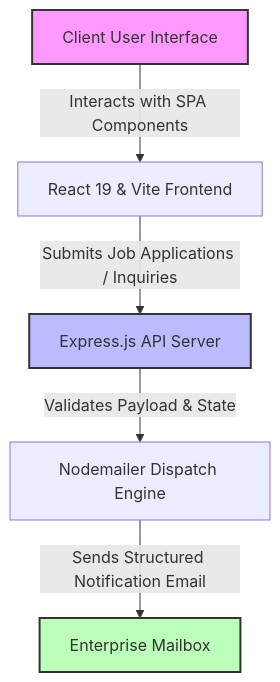
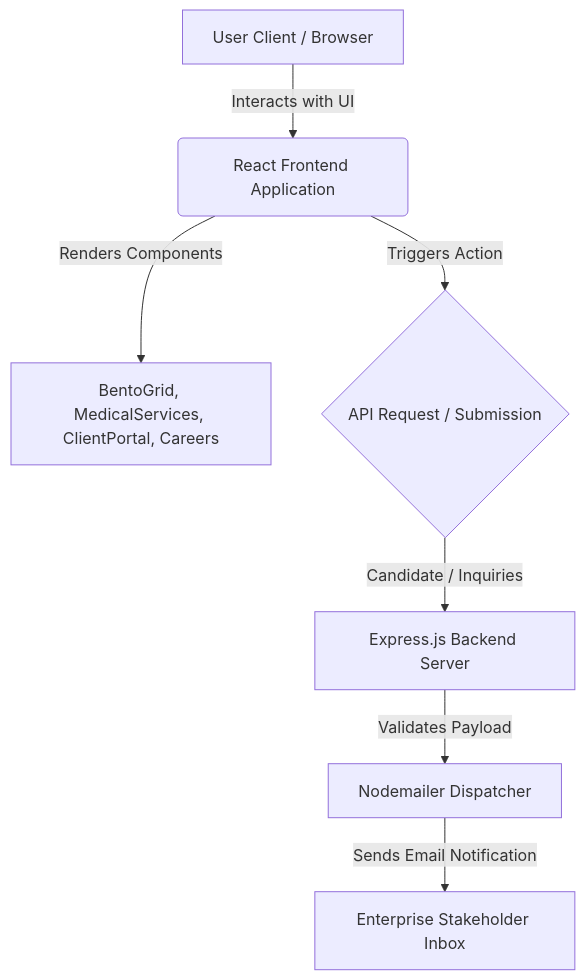
One commit to Bavly-Hamdy/SinaiConnect changed the diagram in README.md. Above: the diagram before and after it, drawn with Mermaid. The commit also changed other lines of this file, not shown here.

````diff
--- a/README.md
+++ b/README.md
@@ -59,10 +70,9 @@
 ```mermaid
 graph TD
-    A[Client User Interface] -->|Interacts with SPA Components| B[React 19 & Vite Frontend]
-    B -->|Submits Job Applications / Inquiries| C[Express.js API Server]
-    C -->|Validates Payload & State| D[Nodemailer Dispatch Engine]
-    D -->|Sends Structured Notification Email| E[Enterprise Mailbox]
-    style A fill:#f9f,stroke:#333,stroke-width:2px
-    style C fill:#bbf,stroke:#333,stroke-width:2px
-    style E fill:#bfb,stroke:#333,stroke-width:2px
+    A[User Client / Browser] -->|Interacts with UI| B(React Frontend Application)
+    B -->|Renders Components| C[BentoGrid, MedicalServices, ClientPortal, Careers]
+    B -->|Triggers Action| D{API Request / Submission}
+    D -->|Candidate / Inquiries| E[Express.js Backend Server]
+    E -->|Validates Payload| F[Nodemailer Dispatcher]
+    F -->|Sends Email Notification| G[Enterprise Stakeholder Inbox]
 ```
````
